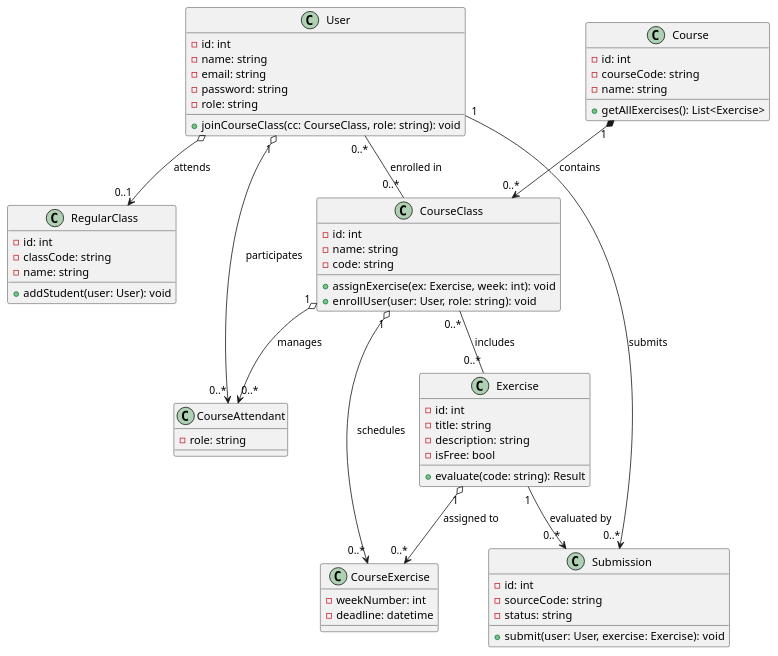
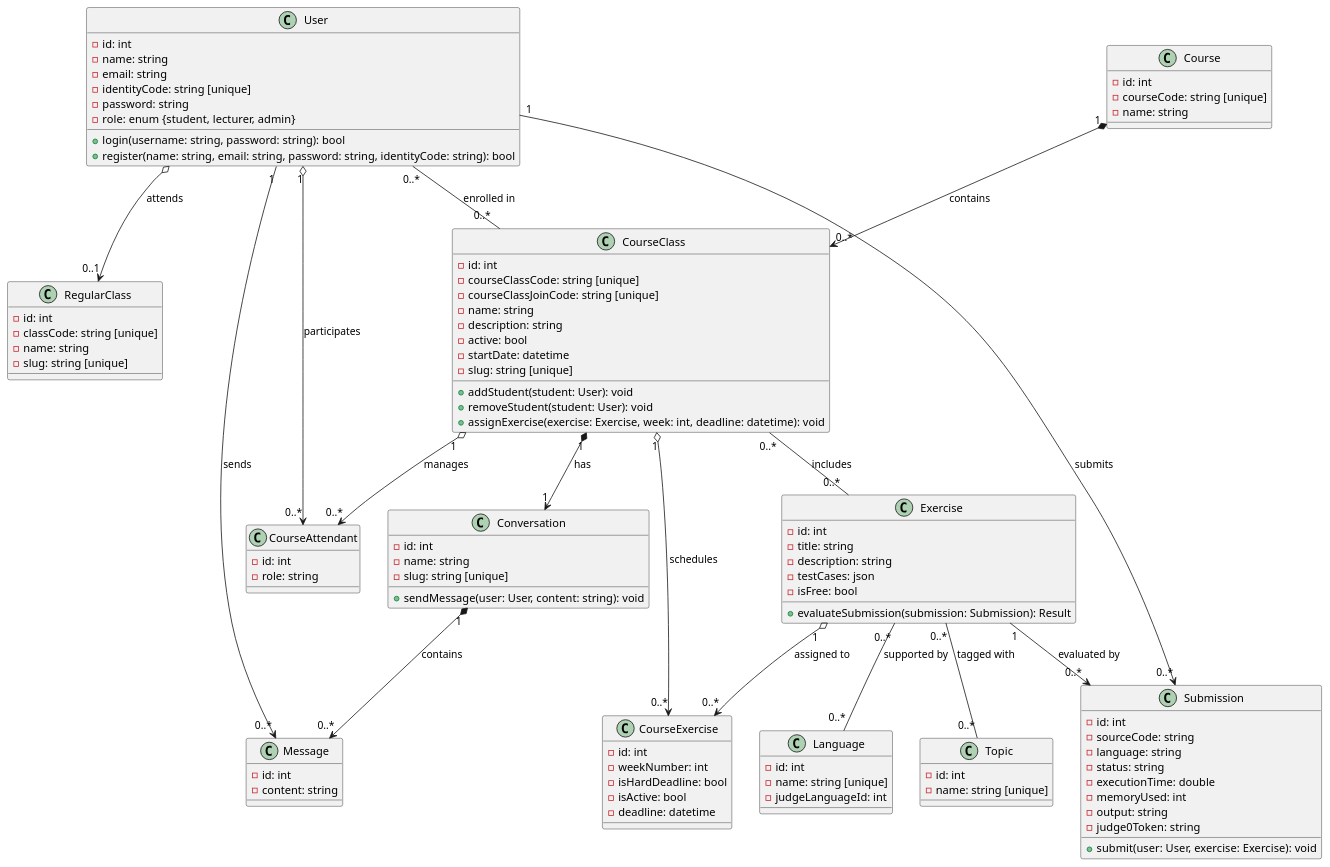
One commit to nghiathe/code-academy-diagram changed the diagram in class_diagram.plantuml. Above: the diagram before and after it, drawn with PlantUML. The commit also changed 2 other files, not shown here.

```diff
--- a/class_diagram.plantuml
+++ b/class_diagram.plantuml
@@ -1,83 +1,138 @@
 @startuml
 
 ' ========== Base Classes ==========
 class User {
   - id: int
   - name: string
   - email: string
+  - identityCode: string [unique]
   - password: string
-  - role: string
-  + joinCourseClass(cc: CourseClass, role: string): void
+  - role: enum {student, lecturer, admin}
+  + login(username: string, password: string): bool
+  + register(name: string, email: string, password: string, identityCode: string): bool
 }
 
 class RegularClass {
   - id: int
-  - classCode: string
+  - classCode: string [unique]
   - name: string
-  + addStudent(user: User): void
+  - slug: string [unique]
 }
 
 class Course {
   - id: int
-  - courseCode: string
+  - courseCode: string [unique]
   - name: string
-  + getAllExercises(): List<Exercise>
 }
 
 class CourseClass {
   - id: int
+  - courseClassCode: string [unique]
+  - courseClassJoinCode: string [unique]
   - name: string
-  - code: string
-  + assignExercise(ex: Exercise, week: int): void
-  + enrollUser(user: User, role: string): void
+  - description: string
+  - active: bool
+  - startDate: datetime
+  - slug: string [unique]
+  + addStudent(student: User): void
+  + removeStudent(student: User): void
+  + assignExercise(exercise: Exercise, week: int, deadline: datetime): void
 }
 
 class Exercise {
   - id: int
   - title: string
   - description: string
+  - testCases: json
   - isFree: bool
-  + evaluate(code: string): Result
+  + evaluateSubmission(submission: Submission): Result
 }
 
 class Submission {
   - id: int
   - sourceCode: string
+  - language: string
   - status: string
+  - executionTime: double
+  - memoryUsed: int
+  - output: string
+  - judge0Token: string
   + submit(user: User, exercise: Exercise): void
 }
 
+class Language {
+  - id: int
+  - name: string [unique]
+  - judgeLanguageId: int
+}
+
+class Topic {
+  - id: int
+  - name: string [unique]
+}
+
 class CourseAttendant {
+  - id: int
   - role: string
 }
 
 class CourseExercise {
+  - id: int
   - weekNumber: int
+  - isHardDeadline: bool
+  - isActive: bool
   - deadline: datetime
+}
+
+class Conversation {
+  - id: int
+  - name: string
+  - slug: string [unique]
+  + sendMessage(user: User, content: string): void
+}
+
+class Message {
+  - id: int
+  - content: string
 }
 
 ' ========== Relationships ==========
 
 ' User - RegularClass: Aggregation (1 User thuộc về 0..1 RegularClass)
 User o--> "0..1" RegularClass : attends
 
-' User - CourseClass: Association qua CourseAttendant (nhiều-nhiều với thông tin bổ sung)
+' User - CourseClass: Association qua CourseAttendant (nhiều-nhiều với thông tin role)
 User "0..*" -- "0..*" CourseClass : enrolled in
 CourseClass "1" o--> "0..*" CourseAttendant : manages
 User "1" o--> "0..*" CourseAttendant : participates
 
 ' Course - CourseClass: Composition (1 Course sở hữu nhiều CourseClass)
 Course "1" *--> "0..*" CourseClass : contains
 
 ' CourseClass - Exercise: Association qua CourseExercise (nhiều-nhiều với thông tin bổ sung)
 CourseClass "0..*" -- "0..*" Exercise : includes
 CourseClass "1" o--> "0..*" CourseExercise : schedules
 Exercise "1" o--> "0..*" CourseExercise : assigned to
 
 ' User - Submission: Association (1 User nộp nhiều Submission)
 User "1" --> "0..*" Submission : submits
 
 ' Exercise - Submission: Association (1 Exercise có nhiều Submission)
 Exercise "1" --> "0..*" Submission : evaluated by
 
+' Exercise - Language: Association (nhiều-nhiều qua bảng trung gian)
+Exercise "0..*" -- "0..*" Language : supported by
+
+' Exercise - Topic: Association (nhiều-nhiều qua bảng trung gian)
+Exercise "0..*" -- "0..*" Topic : tagged with
+
+' CourseClass - Conversation: Composition (1 CourseClass sở hữu 1 Conversation)
+CourseClass "1" *--> "1" Conversation : has
+
+' Conversation - Message: Composition (1 Conversation chứa nhiều Message)
+Conversation "1" *--> "0..*" Message : contains
+
+' User - Message: Association (1 User gửi nhiều Message)
+User "1" --> "0..*" Message : sends
+
 @enduml
```
